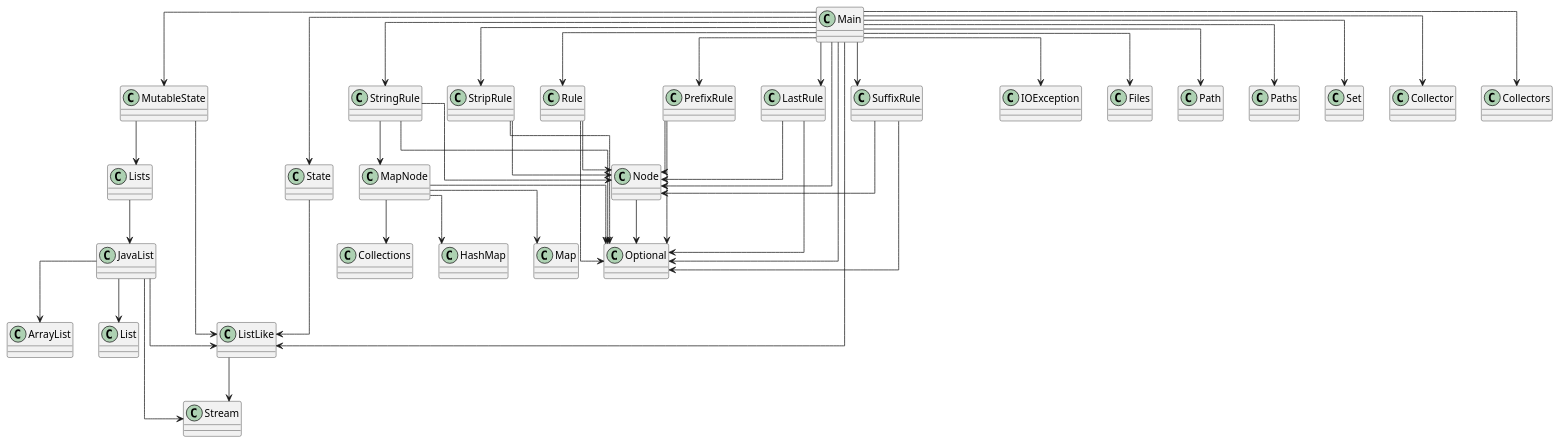
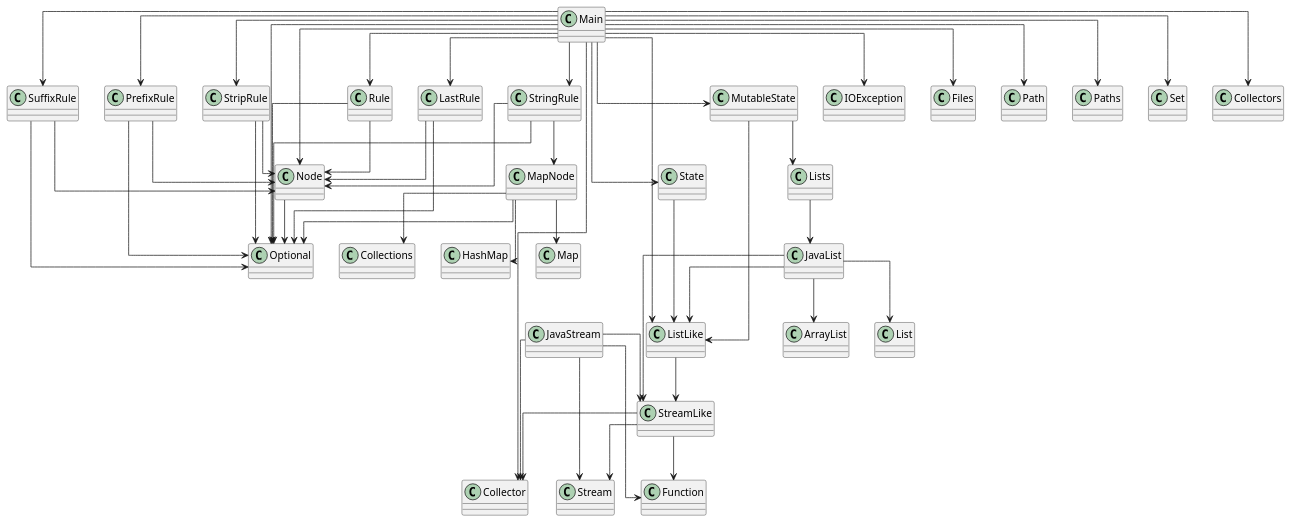
One commit to SirMathhman/Magma changed the diagram in diagram.puml. Above: the diagram before and after it, drawn with PlantUML. The commit also changed 4 other files, not shown here.

```diff
--- a/diagram.puml
+++ b/diagram.puml
@@ -1,63 +1,72 @@
 @startuml
 skinparam linetype ortho
 class ListLike
-ListLike --> Stream
+ListLike --> StreamLike
 class Node
 Node --> Optional
 class StripRule
 StripRule --> Node
 StripRule --> Optional
 class Rule
 Rule --> Node
 Rule --> Optional
 class StringRule
 StringRule --> MapNode
 StringRule --> Node
 StringRule --> Optional
 class PrefixRule
 PrefixRule --> Node
 PrefixRule --> Optional
+class JavaStream
+JavaStream --> StreamLike
+JavaStream --> Function
+JavaStream --> Collector
+JavaStream --> Stream
+class StreamLike
+StreamLike --> Function
+StreamLike --> Collector
+StreamLike --> Stream
 class MutableState
 MutableState --> ListLike
 MutableState --> Lists
 class JavaList
 JavaList --> ListLike
 JavaList --> ArrayList
 JavaList --> List
-JavaList --> Stream
+JavaList --> StreamLike
 class Main
 Main --> LastRule
 Main --> MutableState
 Main --> PrefixRule
 Main --> Rule
 Main --> State
 Main --> StringRule
 Main --> StripRule
 Main --> SuffixRule
 Main --> ListLike
 Main --> Node
 Main --> IOException
 Main --> Files
 Main --> Path
 Main --> Paths
 Main --> Optional
 Main --> Set
 Main --> Collector
 Main --> Collectors
 class Lists
 Lists --> JavaList
 class MapNode
 MapNode --> Collections
 MapNode --> HashMap
 MapNode --> Map
 MapNode --> Optional
 class LastRule
 LastRule --> Node
 LastRule --> Optional
 class SuffixRule
 SuffixRule --> Node
 SuffixRule --> Optional
 class State
 State --> ListLike
 
 @enduml
```
